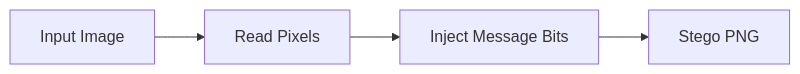
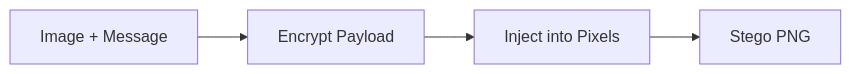
The second of 6 diagrams in README.md (vx-ux/stegacrypt), drawn with Mermaid before and after one commit. The commit also changed other lines of this file, not shown here.

Commit message:
docs: finalize README content and flowcharts

````diff
--- a/README.md
+++ b/README.md
@@ -83,6 +49,6 @@
 ```mermaid
 graph LR
-    A[Input Image] --> B[Read Pixels]
-    B --> C[Inject Message Bits]
+    A[Image + Message] --> B[Encrypt Payload]
+    B --> C[Inject into Pixels]
     C --> D[Stego PNG]
 ```
````
